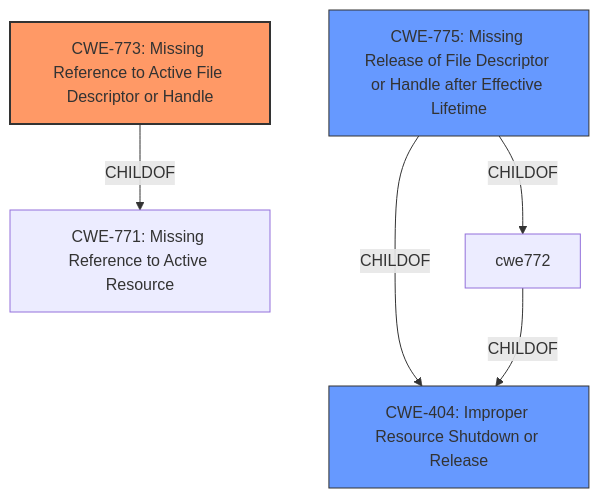
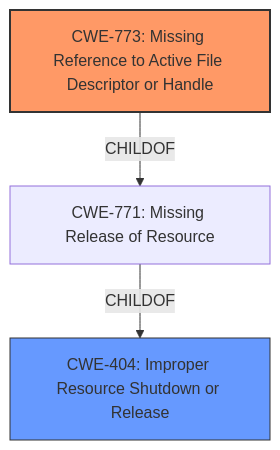
Before and after one commit to CyberSecAI/cwe_agent_assign_reports_2023: the diagram in CVE-2021-25370/CVE-2021-25370_analysis.md, drawn with Mermaid. The commit also changed other lines of this file and 902 other files, not shown here.

````diff
--- a/CVE-2021-25370/CVE-2021-25370_analysis.md
+++ b/CVE-2021-25370/CVE-2021-25370_analysis.md
@@ -19,18 +17,15 @@
 ```mermaid
 graph TD
     cwe773["CWE-773: Missing Reference to Active File Descriptor or Handle"]
-    cwe771["CWE-771: Missing Reference to Active Resource"]
+    cwe771["CWE-771: Missing Release of Resource"]
     cwe404["CWE-404: Improper Resource Shutdown or Release"]
-    cwe775["CWE-775: Missing Release of File Descriptor or Handle after Effective Lifetime"]
     
     cwe773 -->|CHILDOF| cwe771
-    cwe775 -->|CHILDOF| cwe772
-    cwe775 -->|CHILDOF| cwe404
-    cwe772 -->|CHILDOF| cwe404
+    cwe771 -->|CHILDOF| cwe404
     
     classDef primary fill:#f96,stroke:#333,stroke-width:2px
     classDef secondary fill:#69f,stroke:#333
     classDef tertiary fill:#9e9,stroke:#333
     class cwe773 primary
-    class cwe404,cwe775 secondary
+    class cwe404 secondary
 ```
````
